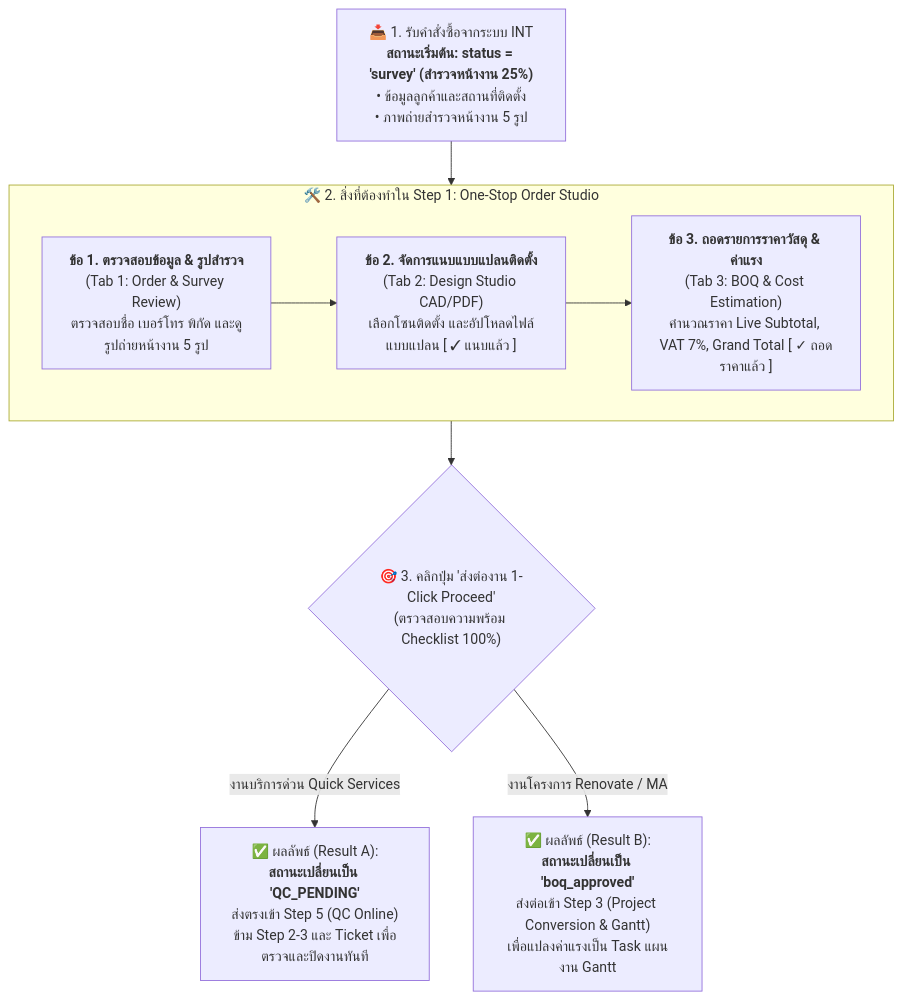
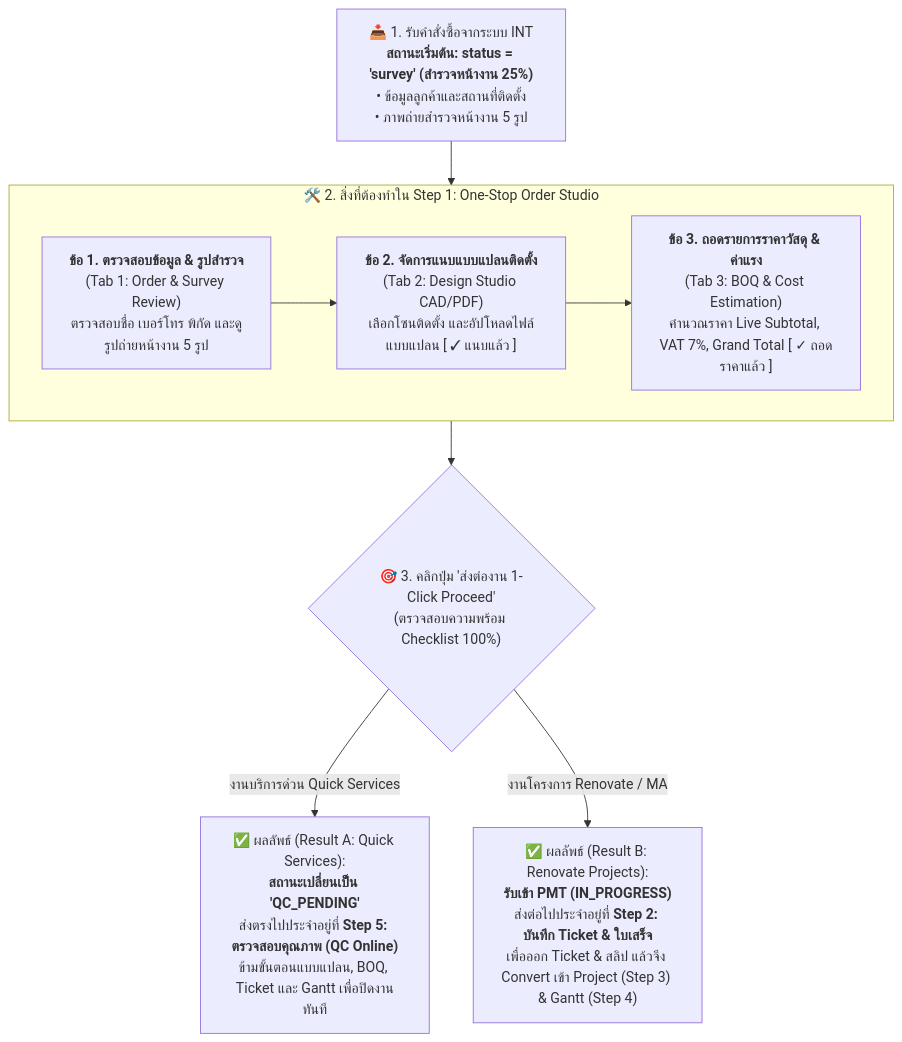
The first of 4 diagrams in doc/คู่มือการใช้งาน_Step1_คิวงานรับคำสั่งซื้อใหม่.md (isarachootip/pmt_flow), drawn with Mermaid before and after one commit. The commit also changed other lines of this file, not shown here.

Commit message:
docs: sync Step 1 online system manual with Quick to QC and Renovate to Step 2 Ticket flow

````diff
--- a/doc/คู่มือการใช้งาน_Step1_คิวงานรับคำสั่งซื้อใหม่.md
+++ b/doc/คู่มือการใช้งาน_Step1_คิวงานรับคำสั่งซื้อใหม่.md
@@ -13,19 +13,19 @@
 ```mermaid
 graph TD
     INT["📥 1. รับคำสั่งซื้อจากระบบ INT<br><b>สถานะเริ่มต้น: status = 'survey' (สำรวจหน้างาน 25%)</b><br>• ข้อมูลลูกค้าและสถานที่ติดตั้ง<br>• ภาพถ่ายสำรวจหน้างาน 5 รูป"]
     
     subgraph Step1["🛠️ 2. สิ่งที่ต้องทำใน Step 1: One-Stop Order Studio"]
         Act1["<b>ข้อ 1. ตรวจสอบข้อมูล & รูปสำรวจ</b><br>(Tab 1: Order & Survey Review)<br>ตรวจสอบชื่อ เบอร์โทร พิกัด และดูรูปถ่ายหน้างาน 5 รูป"]
         Act2["<b>ข้อ 2. จัดการแนบแบบแปลนติดตั้ง</b><br>(Tab 2: Design Studio CAD/PDF)<br>เลือกโซนติดตั้ง และอัปโหลดไฟล์แบบแปลน [ ✓ แนบแล้ว ]"]
         Act3["<b>ข้อ 3. ถอดรายการราคาวัสดุ & ค่าแรง</b><br>(Tab 3: BOQ & Cost Estimation)<br>คำนวณราคา Live Subtotal, VAT 7%, Grand Total [ ✓ ถอดราคาแล้ว ]"]
         
         Act1 --> Act2 --> Act3
     end
 
     INT --> Step1
 
     Step1 --> Decision{"🎯 3. คลิกปุ่ม 'ส่งต่องาน 1-Click Proceed'<br>(ตรวจสอบความพร้อม Checklist 100%)"}
 
-    Decision -->|งานบริการด่วน Quick Services| Res1["✅ ผลลัพธ์ (Result A):<br><b>สถานะเปลี่ยนเป็น 'QC_PENDING'</b><br>ส่งตรงเข้า Step 5 (QC Online)<br>ข้าม Step 2-3 และ Ticket เพื่อตรวจและปิดงานทันที"]
-    Decision -->|งานโครงการ Renovate / MA| Res2["✅ ผลลัพธ์ (Result B):<br><b>สถานะเปลี่ยนเป็น 'boq_approved'</b><br>ส่งต่อเข้า Step 3 (Project Conversion & Gantt)<br>เพื่อแปลงค่าแรงเป็น Task แผนงาน Gantt"]
+    Decision -->|งานบริการด่วน Quick Services| Res1["✅ ผลลัพธ์ (Result A: Quick Services):<br><b>สถานะเปลี่ยนเป็น 'QC_PENDING'</b><br>ส่งตรงไปประจำอยู่ที่ <b>Step 5: ตรวจสอบคุณภาพ (QC Online)</b><br>ข้ามขั้นตอนแบบแปลน, BOQ, Ticket และ Gantt เพื่อปิดงานทันที"]
+    Decision -->|งานโครงการ Renovate / MA| Res2["✅ ผลลัพธ์ (Result B: Renovate Projects):<br><b>รับเข้า PMT (IN_PROGRESS)</b><br>ส่งต่อไปประจำอยู่ที่ <b>Step 2: บันทึก Ticket & ใบเสร็จ</b><br>เพื่อออก Ticket & สลิป แล้วจึง Convert เข้า Project (Step 3) & Gantt (Step 4)"]
 ```
````
